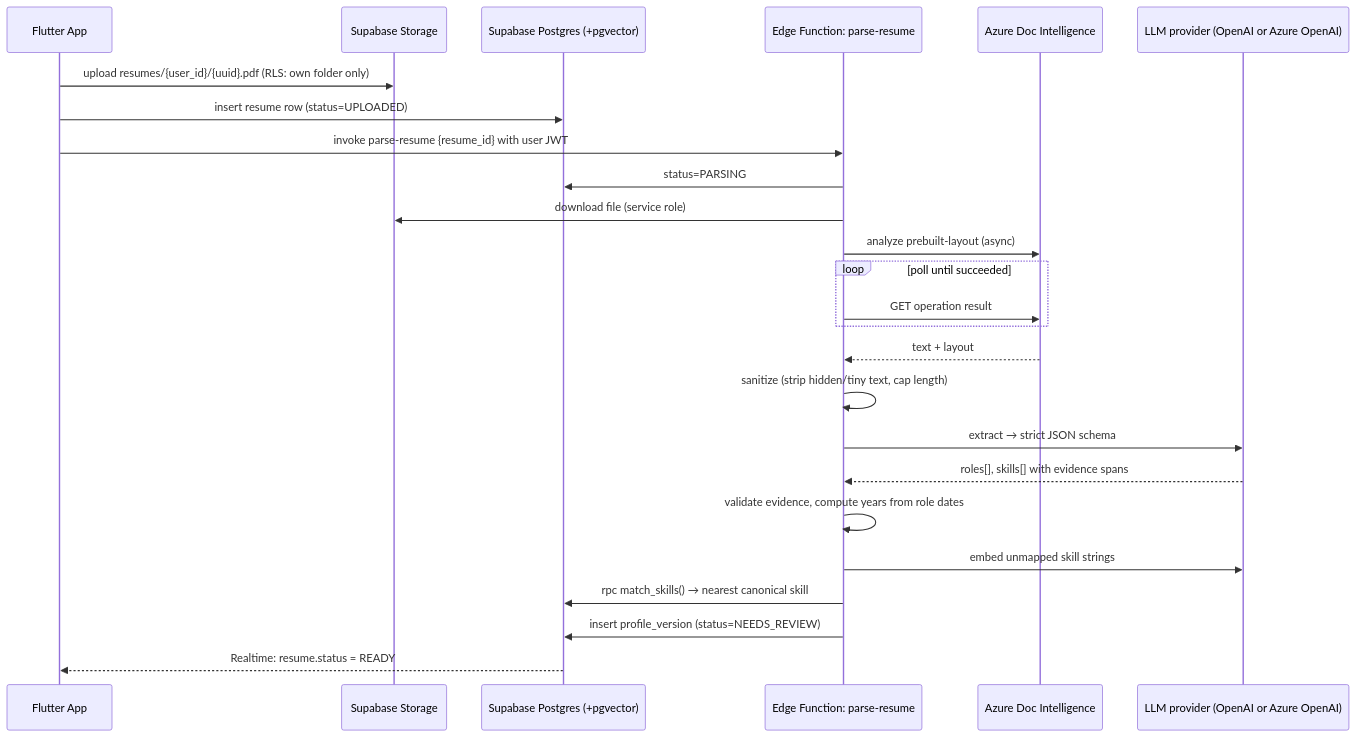
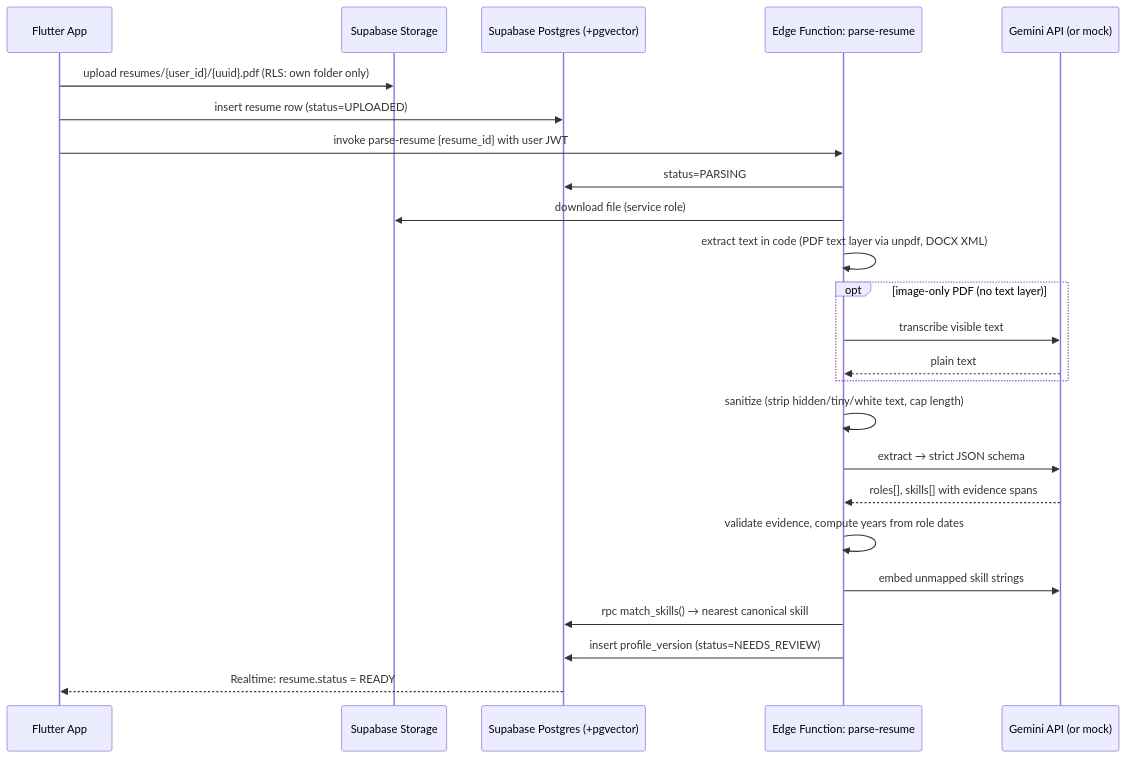
The seventh of 9 diagrams in docs/PRD.md (hope-mcmillen/project5), drawn with Mermaid before and after one commit. The commit also changed other lines of this file and 26 other files, not shown here.

Commit message:
Gemini replaces OpenAI/Azure; drop Document Intelligence

````diff
--- a/docs/PRD.md
+++ b/docs/PRD.md
@@ -311,28 +317,27 @@
 ```mermaid
 sequenceDiagram
     participant App as Flutter App
     participant ST as Supabase Storage
     participant DB as Supabase Postgres (+pgvector)
     participant EF as Edge Function: parse-resume
-    participant DI as Azure Doc Intelligence
-    participant LLM as LLM provider (OpenAI or Azure OpenAI)
+    participant LLM as Gemini API (or mock)
 
     App->>ST: upload resumes/{user_id}/{uuid}.pdf (RLS: own folder only)
     App->>DB: insert resume row (status=UPLOADED)
     App->>EF: invoke parse-resume {resume_id} with user JWT
     EF->>DB: status=PARSING
     EF->>ST: download file (service role)
-    EF->>DI: analyze prebuilt-layout (async)
-    loop poll until succeeded
-        EF->>DI: GET operation result
+    EF->>EF: extract text in code (PDF text layer via unpdf, DOCX XML)
+    opt image-only PDF (no text layer)
+        EF->>LLM: transcribe visible text
+        LLM-->>EF: plain text
     end
-    DI-->>EF: text + layout
-    EF->>EF: sanitize (strip hidden/tiny text, cap length)
+    EF->>EF: sanitize (strip hidden/tiny/white text, cap length)
     EF->>LLM: extract → strict JSON schema
     LLM-->>EF: roles[], skills[] with evidence spans
     EF->>EF: validate evidence, compute years from role dates
     EF->>LLM: embed unmapped skill strings
     EF->>DB: rpc match_skills() → nearest canonical skill
     EF->>DB: insert profile_version (status=NEEDS_REVIEW)
     DB-->>App: Realtime: resume.status = READY
 ```
````
